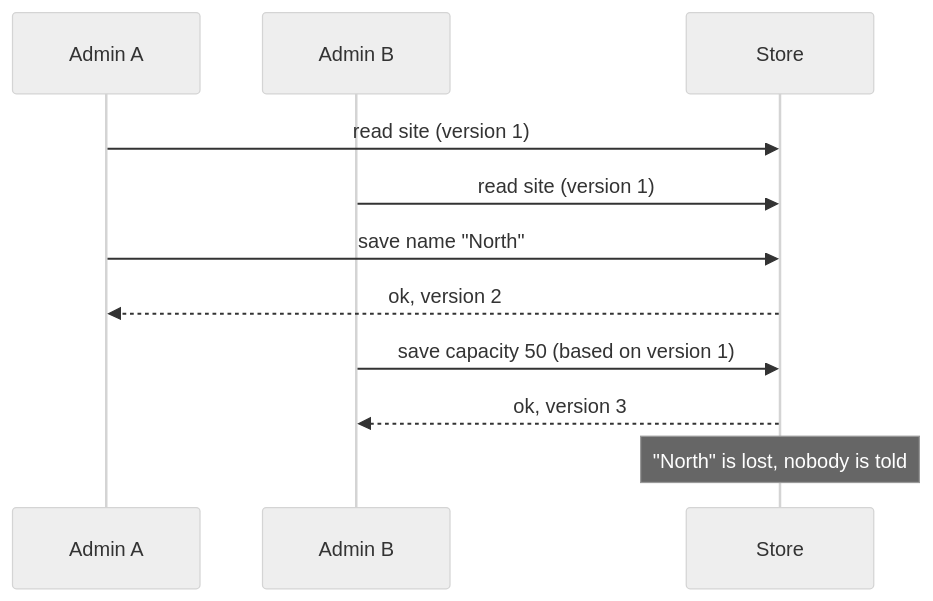
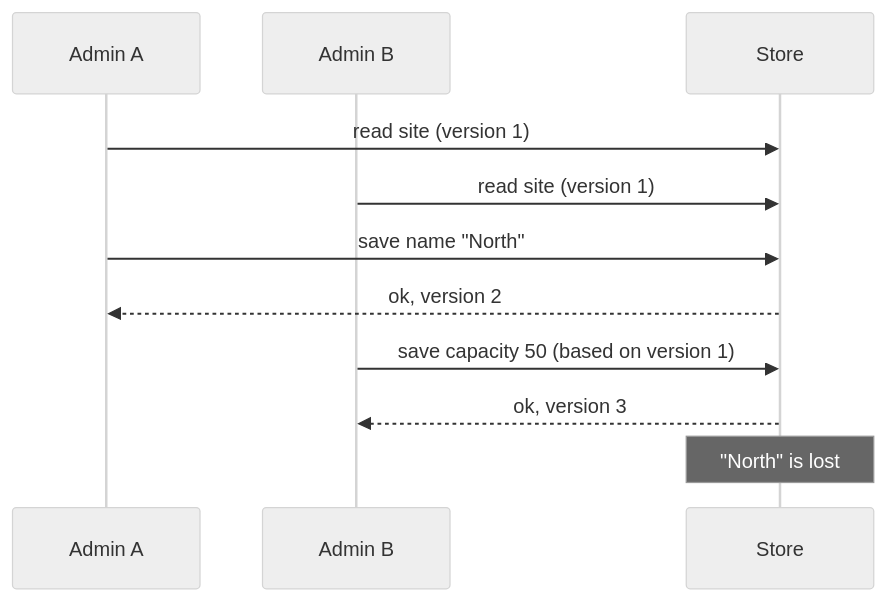
One commit to NotThaDev/SiteSense changed the first of 2 diagrams in docs/plans/SS-10-etag.md. Above: the diagram before and after it, drawn with Mermaid (neutral theme). The commit also changed other lines of this file, not shown here.

````diff
--- a/docs/plans/SS-10-etag.md
+++ b/docs/plans/SS-10-etag.md
@@ -15,13 +14,13 @@
 ```mermaid
 sequenceDiagram
   participant A as Admin A
   participant B as Admin B
   participant S as Store
   A->>S: read site (version 1)
   B->>S: read site (version 1)
   A->>S: save name "North"
   S-->>A: ok, version 2
   B->>S: save capacity 50 (based on version 1)
   S-->>B: ok, version 3
-  Note over S: "North" is lost, nobody is told
+  Note over S: "North" is lost
 ```
````
